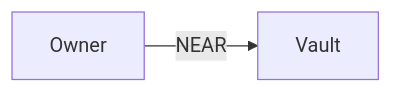
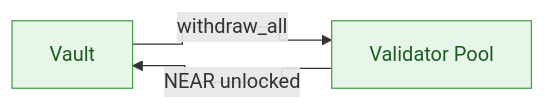
Before and after one commit to sudostake/sudostake_contracts_near: the sixth of 13 diagrams in value_flows.md, drawn with Mermaid. The commit also changed other lines of this file, not shown here.

First line of the commit message:
Revise and expand Vault value flows guide

````diff
--- a/value_flows.md
+++ b/value_flows.md
@@ -40,5 +149,10 @@
 ```mermaid
 %%{init: {'flowchart': {'curve': 'step'}}}%%
 flowchart LR
-  O[Owner] -->|NEAR| V[Vault]
+  V[Vault]
+  P[Validator Pool]
+  V -->|withdraw_all| P
+  P -->|NEAR unlocked| V
+  classDef protocol fill:#E8F5E9,stroke:#43A047,color:#1B5E20;
+  class V,P protocol
 ```
````
